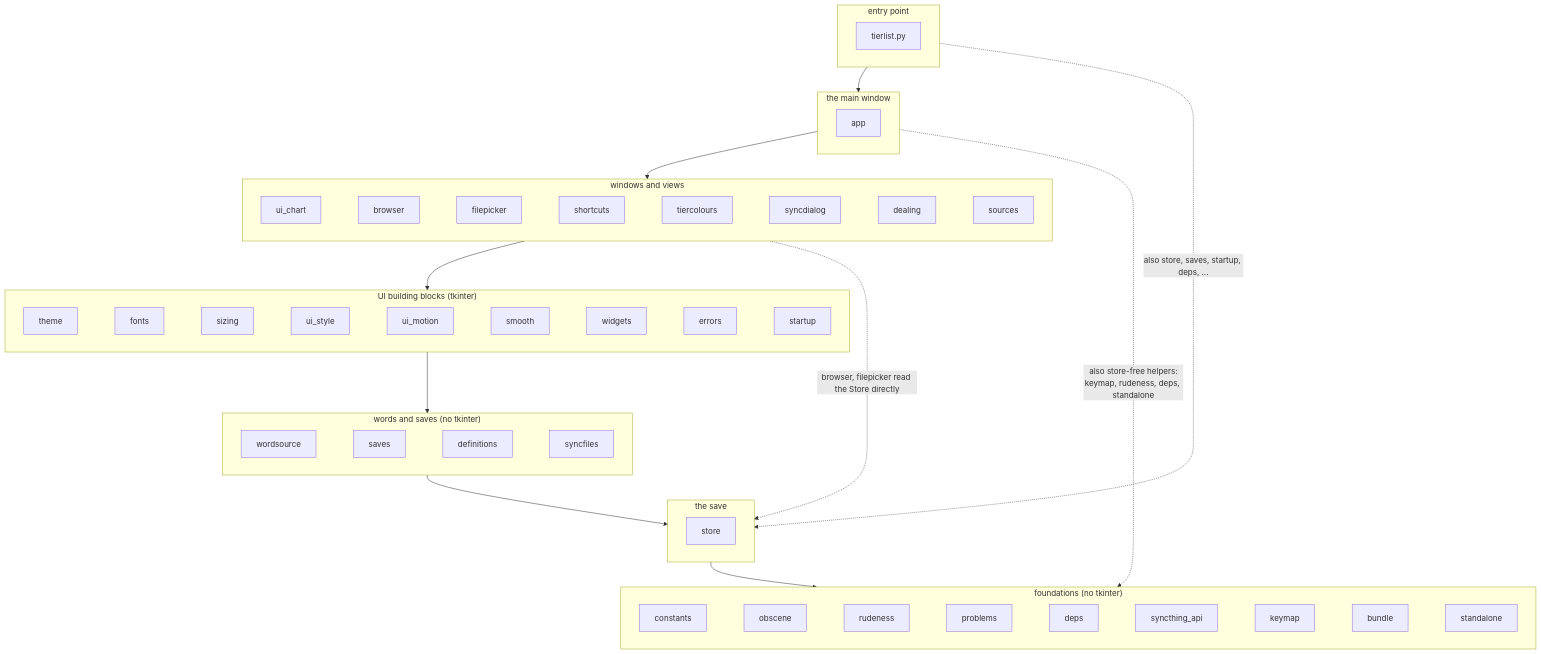
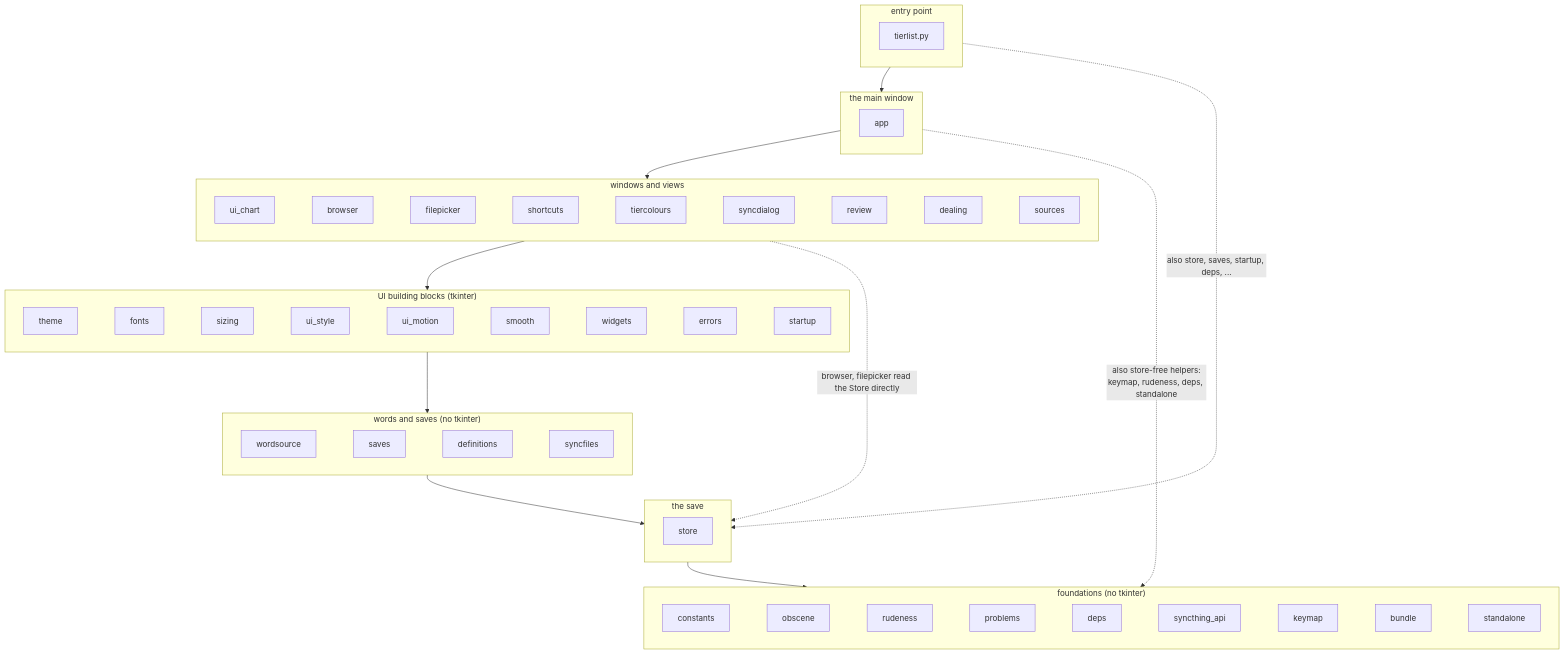
The second of 13 diagrams in DEVELOPERS.md (kiva-mccr/Word-Tierlister), drawn with Mermaid before and after one commit. The commit also changed other lines of this file and 3 other files, not shown here.

First line of the commit message:
Docs: bring the guides and charts up to date with #36-#47

````diff
--- a/DEVELOPERS.md
+++ b/DEVELOPERS.md
@@ -72,32 +77,32 @@
 ```mermaid
 flowchart TB
     subgraph L6["entry point"]
         tierlist["tierlist.py"]
     end
     subgraph L5["the main window"]
         app["app"]
     end
     subgraph L4["windows and views"]
         direction LR
-        ui_chart["ui_chart"] ~~~ browser["browser"] ~~~ filepicker["filepicker"] ~~~ shortcuts["shortcuts"] ~~~ tiercolours["tiercolours"] ~~~ syncdialog["syncdialog"] ~~~ dealing["dealing"] ~~~ sources["sources"]
+        ui_chart["ui_chart"] ~~~ browser["browser"] ~~~ filepicker["filepicker"] ~~~ shortcuts["shortcuts"] ~~~ tiercolours["tiercolours"] ~~~ syncdialog["syncdialog"] ~~~ review["review"] ~~~ dealing["dealing"] ~~~ sources["sources"]
     end
     subgraph L3["UI building blocks (tkinter)"]
         direction LR
         theme["theme"] ~~~ fonts["fonts"] ~~~ sizing["sizing"] ~~~ ui_style["ui_style"] ~~~ ui_motion["ui_motion"] ~~~ smooth["smooth"] ~~~ widgets["widgets"] ~~~ errors["errors"] ~~~ startup["startup"]
     end
     subgraph L2["words and saves (no tkinter)"]
         direction LR
         wordsource["wordsource"] ~~~ saves["saves"] ~~~ definitions["definitions"] ~~~ syncfiles["syncfiles"]
     end
     subgraph L1["the save"]
         store["store"]
     end
     subgraph L0["foundations (no tkinter)"]
         direction LR
         constants["constants"] ~~~ obscene["obscene"] ~~~ rudeness["rudeness"] ~~~ problems["problems"] ~~~ deps["deps"] ~~~ syncthing_api["syncthing_api"] ~~~ keymap["keymap"] ~~~ bundle["bundle"] ~~~ standalone["standalone"]
     end
     L6 --> L5 --> L4 --> L3 --> L2 --> L1 --> L0
     L6 -. "also store, saves, startup, deps, ..." .-> L1
     L5 -. "also store-free helpers:<br/>keymap, rudeness, deps, standalone" .-> L0
     L4 -. "browser, filepicker read the Store directly" .-> L1
 ```
````
